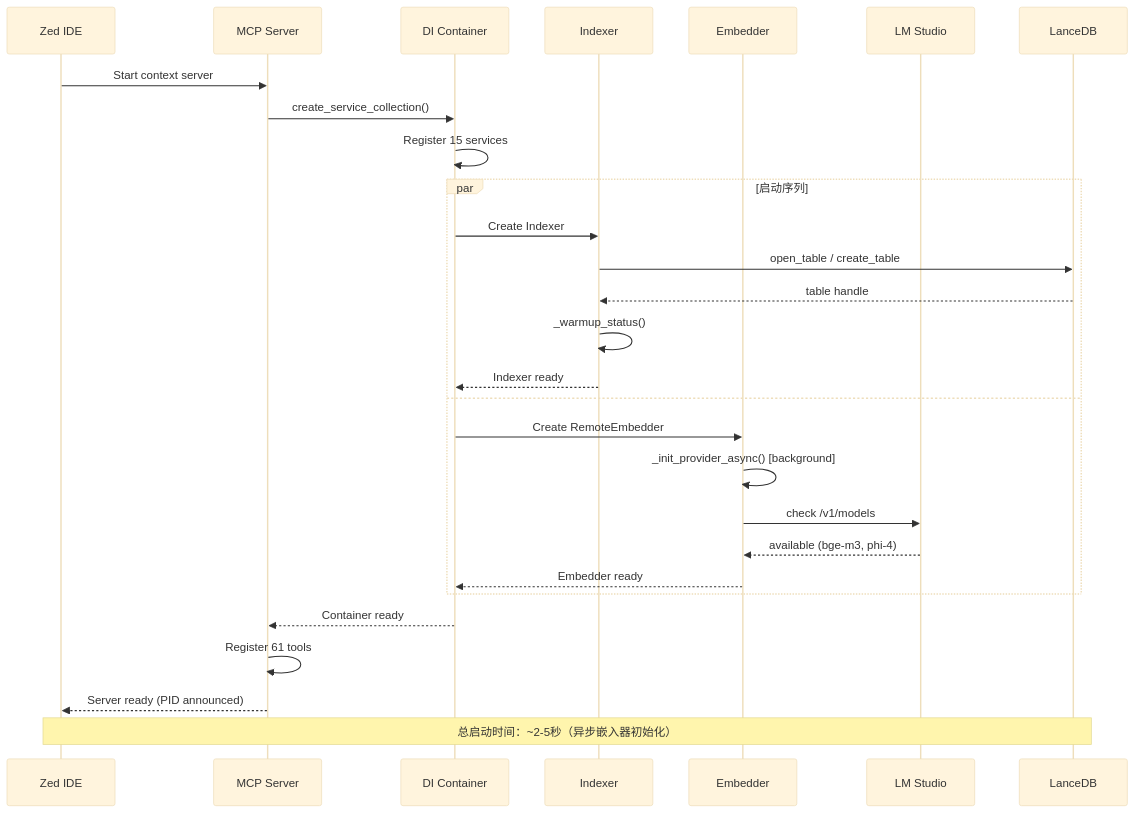
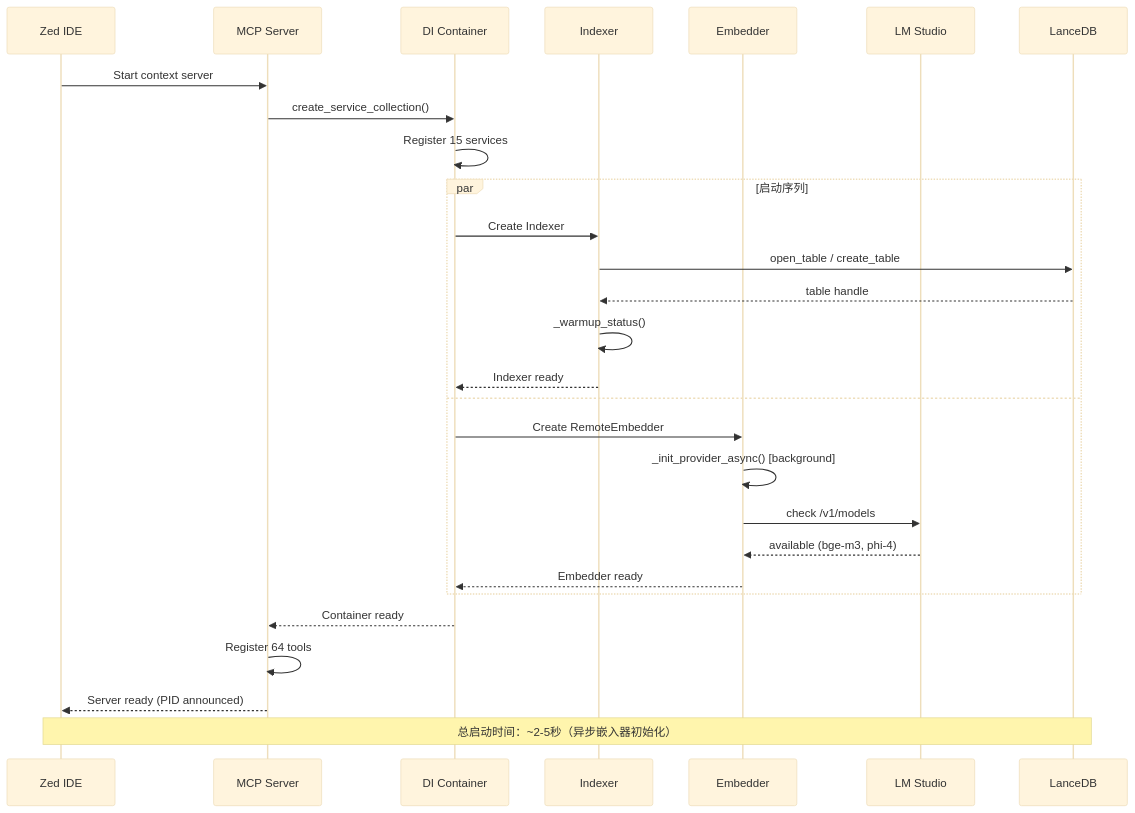
One commit to ManSio/mscodebase-intelligence changed the fifth of 8 diagrams in docs/zh/ARCHITECTURE_DEEP.md. Above: the diagram before and after it, drawn with Mermaid (base theme). The commit also changed other lines of this file and 19 other files, not shown here.

First line of the commit message:
docs: rewrite README and architecture/search guides for Phase 3

````diff
--- a/docs/zh/ARCHITECTURE_DEEP.md
+++ b/docs/zh/ARCHITECTURE_DEEP.md
@@ -178,34 +182,34 @@
 ```mermaid
 sequenceDiagram
     participant Zed as Zed IDE
     participant MCP as MCP Server
     participant DI as DI Container
     participant IX as Indexer
     participant EM as Embedder
     participant LM as LM Studio
     participant DB as LanceDB
 
     Zed->>MCP: Start context server
     MCP->>DI: create_service_collection()
     DI->>DI: Register 15 services
     
     par 启动序列
         DI->>IX: Create Indexer
         IX->>DB: open_table / create_table
         DB-->>IX: table handle
         IX->>IX: _warmup_status()
         IX-->>DI: Indexer ready
     and
         DI->>EM: Create RemoteEmbedder
         EM->>EM: _init_provider_async() [background]
         EM->>LM: check /v1/models
         LM-->>EM: available (bge-m3, phi-4)
         EM-->>DI: Embedder ready
     end
     
     DI-->>MCP: Container ready
-    MCP->>MCP: Register 61 tools
+    MCP->>MCP: Register 64 tools
     MCP-->>Zed: Server ready (PID announced)
     
     Note over Zed,DB: 总启动时间：~2-5秒（异步嵌入器初始化）
 ```
````
